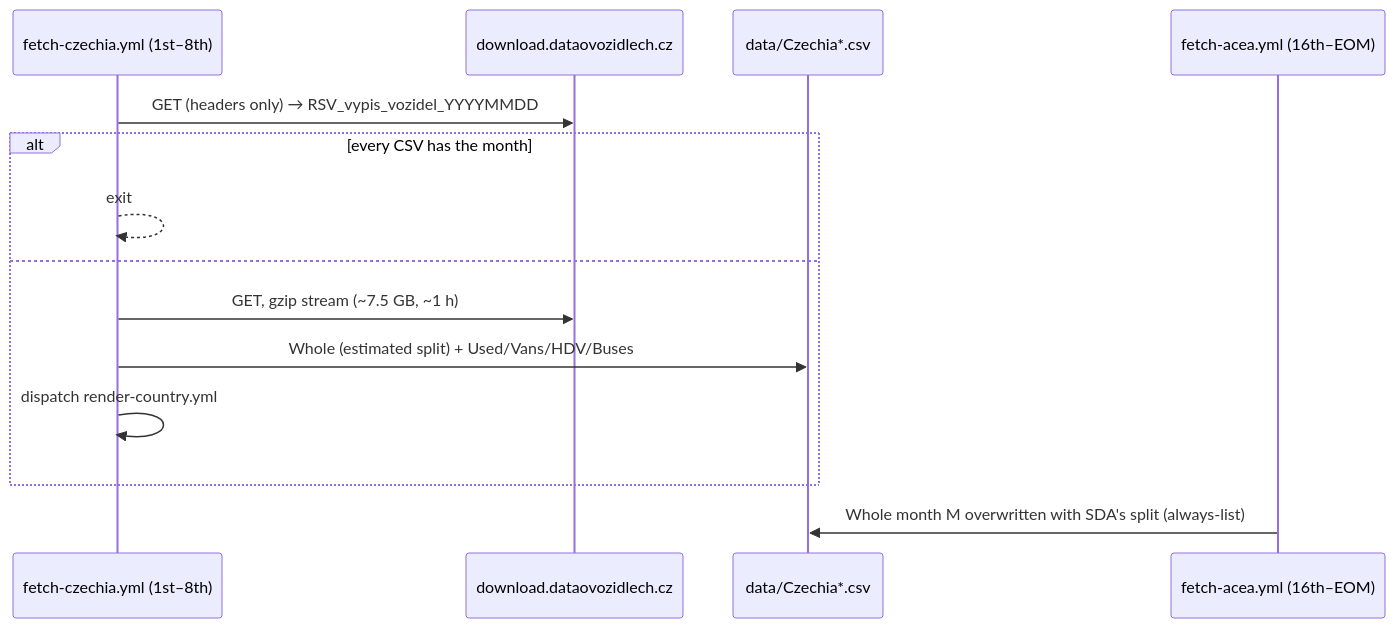
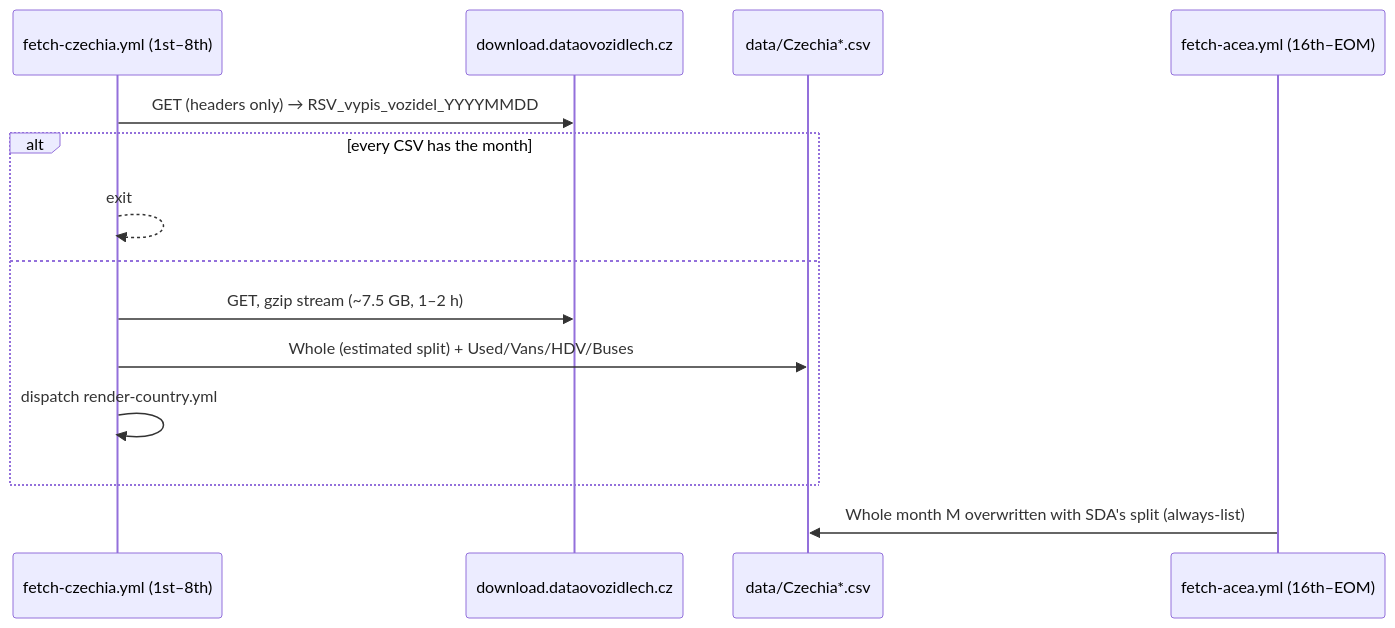
Before and after one commit to LeRaffl/LeRaffl-Gallery: the diagram in docs/architecture/51-source-czechia.md, drawn with Mermaid. The commit also changed other lines of this file and 3 other files, not shown here.

````diff
--- a/docs/architecture/51-source-czechia.md
+++ b/docs/architecture/51-source-czechia.md
@@ -332,16 +336,16 @@
 ```mermaid
 sequenceDiagram
   participant Cron as fetch-czechia.yml (1st–8th)
   participant RSV as download.dataovozidlech.cz
   participant Repo as data/Czechia*.csv
   participant ACEA as fetch-acea.yml (16th–EOM)
   Cron->>RSV: GET (headers only) → RSV_vypis_vozidel_YYYYMMDD
   alt every CSV has the month
     Cron-->>Cron: exit
   else
-    Cron->>RSV: GET, gzip stream (~7.5 GB, ~1 h)
+    Cron->>RSV: GET, gzip stream (~7.5 GB, 1–2 h)
     Cron->>Repo: Whole (estimated split) + Used/Vans/HDV/Buses
     Cron->>Cron: dispatch render-country.yml
   end
   ACEA->>Repo: Whole month M overwritten with SDA's split (always-list)
 ```
````
